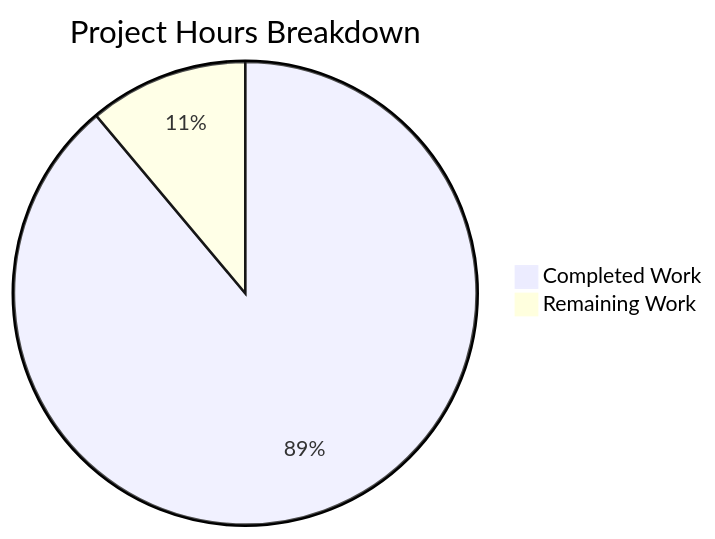
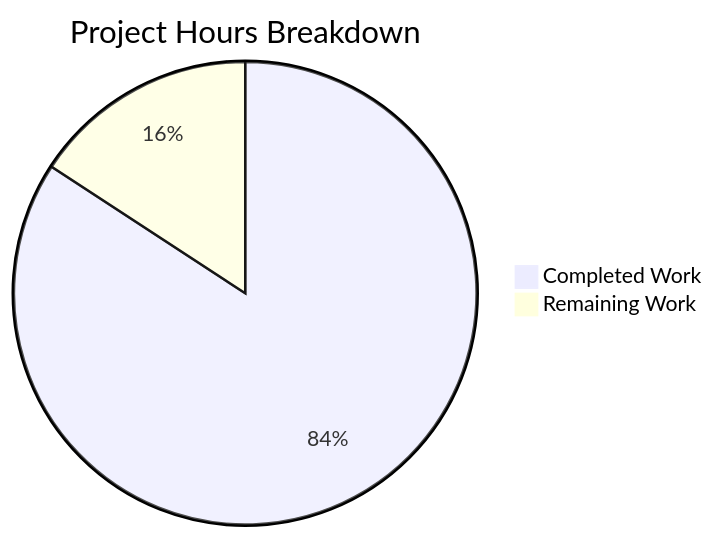
Before and after one commit to sudhanshu-spec/test-spec: the diagram in blitzy/documentation/Project Guide.md, drawn with Mermaid. The commit also changed other lines of this file, not shown here.

Commit message:
Adding Blitzy Project Guide: Project Status and Human Tasks Remaining

````diff
--- a/blitzy/documentation/Project Guide.md
+++ b/blitzy/documentation/Project Guide.md
@@ -53,5 +29,5 @@
 ```mermaid
 pie title Project Hours Breakdown
-    "Completed Work" : 8
-    "Remaining Work" : 1
+    "Completed Work" : 16
+    "Remaining Work" : 3
 ```
````
